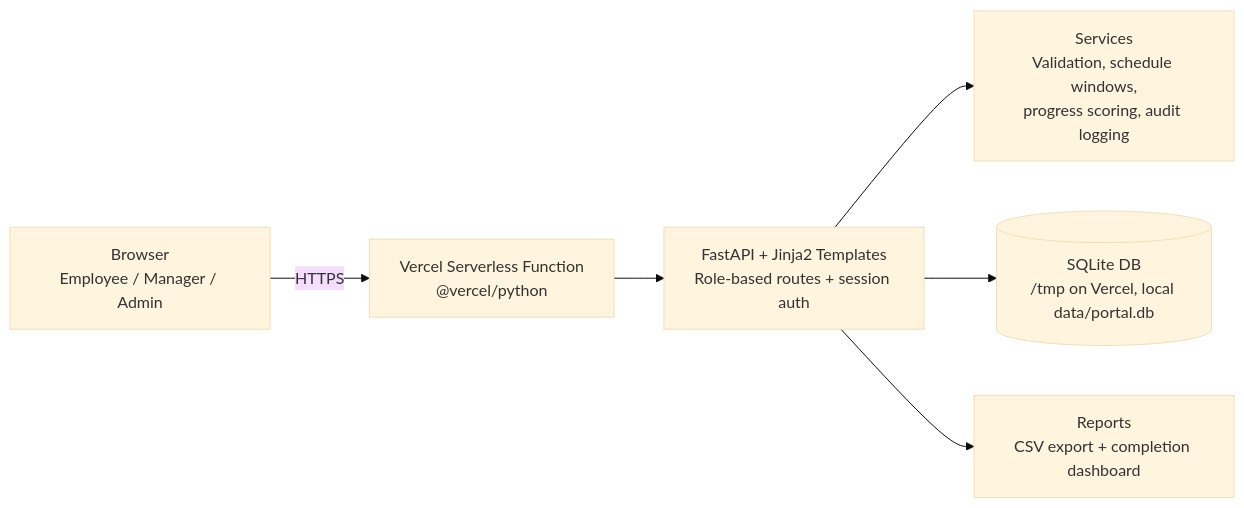
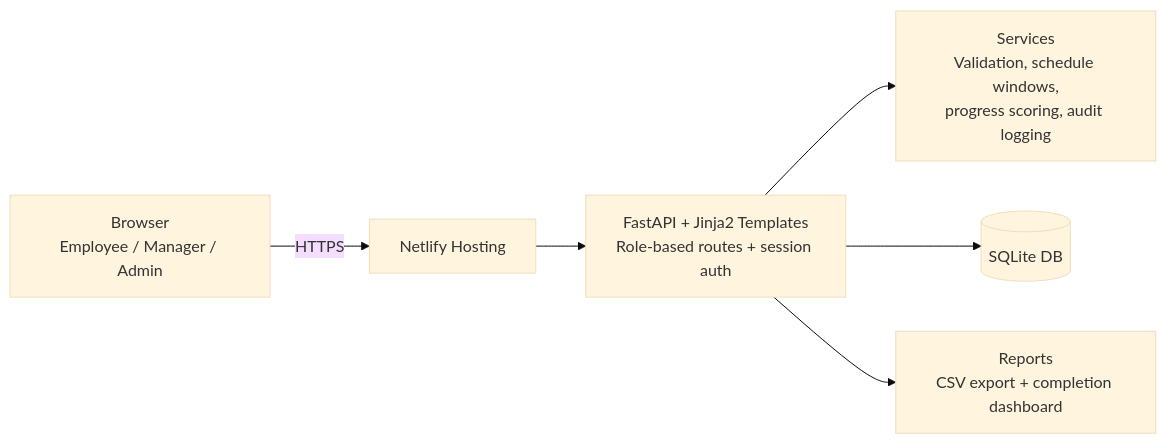
The diagram in Readme.md (Syu607/goals_portal), drawn with Mermaid (base theme) before and after one commit. The commit also changed other lines of this file, not shown here.

````diff
--- a/Readme.md
+++ b/Readme.md
@@ -13,8 +13,8 @@
 ```mermaid
 flowchart LR
-  U[Browser\nEmployee / Manager / Admin] -->|HTTPS| V[Vercel Serverless Function\n@vercel/python]
-  V --> A[FastAPI + Jinja2 Templates\nRole-based routes + session auth]
+  U[Browser\nEmployee / Manager / Admin] -->|HTTPS| H[Netlify Hosting]
+  H --> A[FastAPI + Jinja2 Templates\nRole-based routes + session auth]
   A --> S[Services\nValidation, schedule windows,\nprogress scoring, audit logging]
-  A --> DB[(SQLite DB\n/tmp on Vercel, local data/portal.db)]
+  A --> DB[(SQLite DB)]
   A --> R[Reports\nCSV export + completion dashboard]
 ```
````
